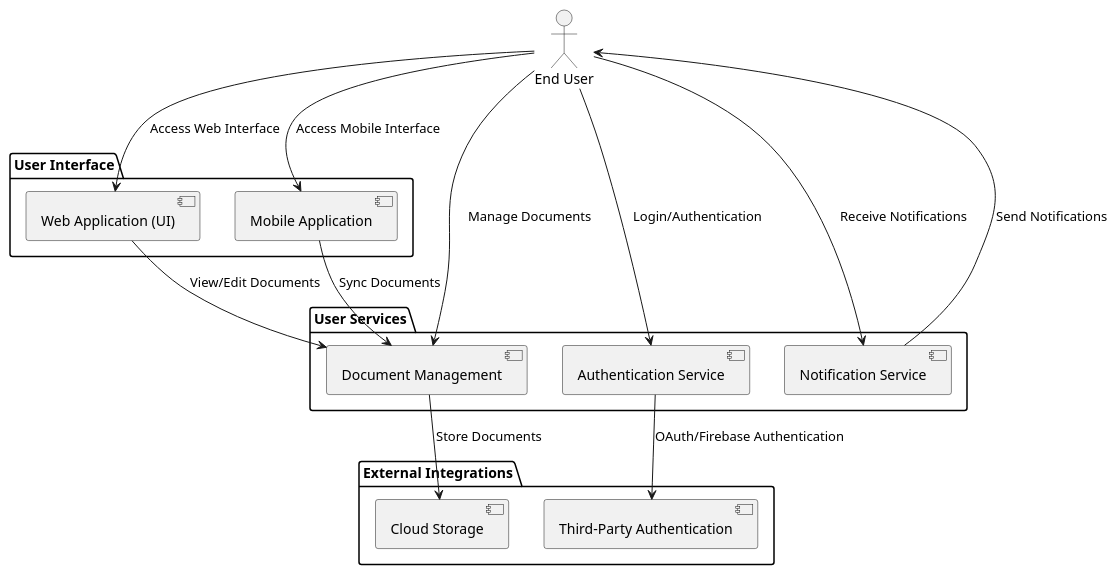
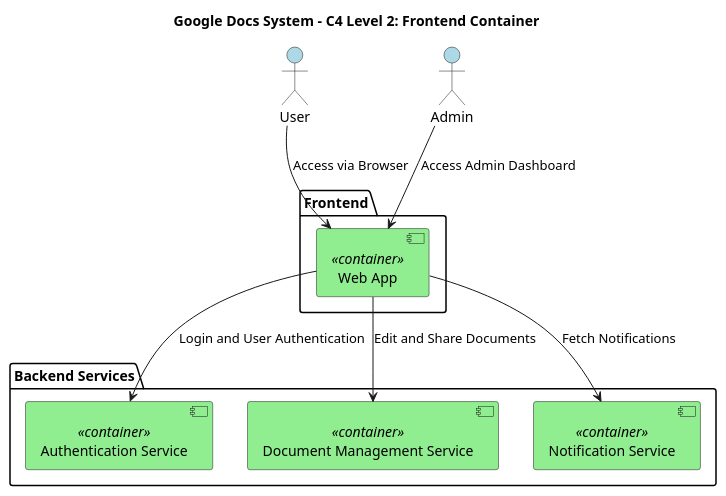
Before and after one commit to IIITLucknowSWEngg/CSAICSBTeam013: the sixth of 9 diagrams in Plantumlcodes.md, drawn with PlantUML. The commit also changed other lines of this file, not shown here.

````diff
--- a/Plantumlcodes.md
+++ b/Plantumlcodes.md
@@ -239,36 +259,26 @@
 ```plantuml
 @startuml
-actor "End User" as User
+title Google Docs System - C4 Level 2: Frontend Container
 
-package "User Interface" {
-    [Web Application (UI)] as WebApp
-    [Mobile Application] as MobileApp
+actor "User" as User #lightblue
+actor "Admin" as Admin #lightblue
+
+package "Frontend" {
+  [Web App] <<container>> #lightgreen
 }
 
-package "User Services" {
-    [Document Management] as DocManagement
-    [Authentication Service] as AuthService
-    [Notification Service] as NotificationService
+package "Backend Services" {
+  [Authentication Service] <<container>> #lightgreen
+  [Document Management Service] <<container>> #lightgreen
+  [Notification Service] <<container>> #lightgreen
 }
 
-package "External Integrations" {
-    [Cloud Storage] as CloudStorage
-    [Third-Party Authentication] as ThirdPartyAuth
-}
-
-' Relationships between User and components
-User --> WebApp : Access Web Interface
-User --> MobileApp : Access Mobile Interface
-User --> DocManagement : Manage Documents
-User --> AuthService : Login/Authentication
-User --> NotificationService : Receive Notifications
-
-' Relationships between services
-WebApp --> DocManagement : View/Edit Documents
-MobileApp --> DocManagement : Sync Documents
-DocManagement --> CloudStorage : Store Documents
-AuthService --> ThirdPartyAuth : OAuth/Firebase Authentication
-NotificationService --> User : Send Notifications
+User --> [Web App] : "Access via Browser"
+Admin --> [Web App] : "Access Admin Dashboard"
+[Web App] --> [Authentication Service] : "Login and User Authentication"
+[Web App] --> [Document Management Service] : "Edit and Share Documents"
+[Web App] --> [Notification Service] : "Fetch Notifications"
 
 @enduml
+
 ```
````
